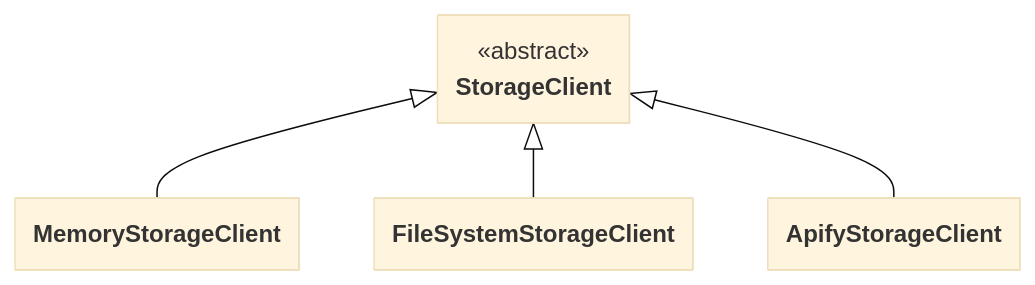
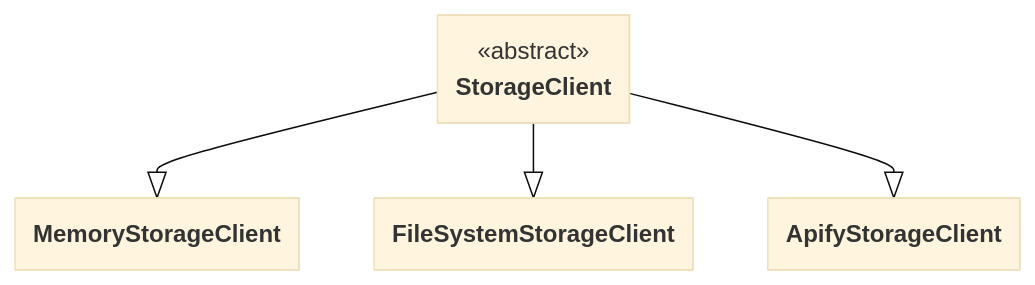
One commit to apify/crawlee-python changed the diagram in docs/guides/storage_clients.mdx. Above: the diagram before and after it, drawn with Mermaid (base theme). The commit also changed 9 other files, not shown here.

````diff
--- a/docs/guides/storage_clients.mdx
+++ b/docs/guides/storage_clients.mdx
@@ -28,35 +28,35 @@
 ```mermaid
 ---
 config:
     class:
         hideEmptyMembersBox: true
 ---
 
 classDiagram
 
 %% ========================
 %% Abstract classes
 %% ========================
 
 class StorageClient {
     <<abstract>>
 }
 
 %% ========================
 %% Specific classes
 %% ========================
 
 class MemoryStorageClient
 
 class FileSystemStorageClient
 
 class ApifyStorageClient
 
 %% ========================
 %% Inheritance arrows
 %% ========================
 
-StorageClient <|-- MemoryStorageClient
-StorageClient <|-- FileSystemStorageClient
-StorageClient <|-- ApifyStorageClient
+StorageClient --|> MemoryStorageClient
+StorageClient --|> FileSystemStorageClient
+StorageClient --|> ApifyStorageClient
 ```
````
